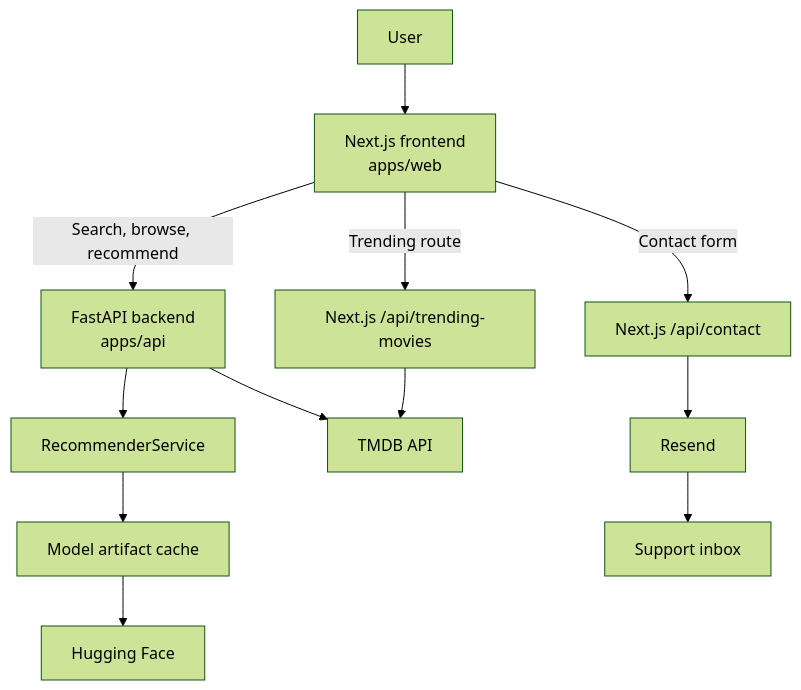
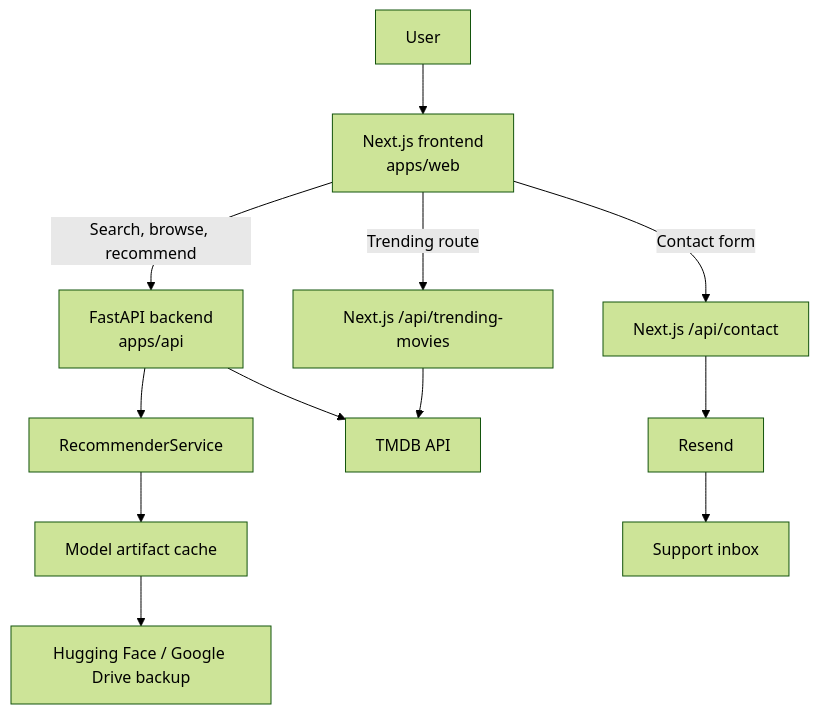
Before and after one commit to aliimndev/capstone-project: the first of 2 diagrams in README.md, drawn with Mermaid (forest theme). The commit also changed other lines of this file, not shown here.

````diff
--- a/README.md
+++ b/README.md
@@ -78,16 +78,16 @@
 ```mermaid
 flowchart TD
     U[User] --> WEB[Next.js frontend\napps/web]
     WEB -->|Search, browse, recommend| API[FastAPI backend\napps/api]
     WEB -->|Contact form| CONTACT[Next.js /api/contact]
     WEB -->|Trending route| NEXTTMDB[Next.js /api/trending-movies]
 
     API --> RECSVC[RecommenderService]
     API --> TMDB[TMDB API]
     RECSVC --> MODEL[Model artifact cache]
-    MODEL --> HF[Hugging Face]
+    MODEL --> HF[Hugging Face / Google Drive backup]
 
     CONTACT --> RESEND[Resend]
     RESEND --> INBOX[Support inbox]
     NEXTTMDB --> TMDB
 ```
````
